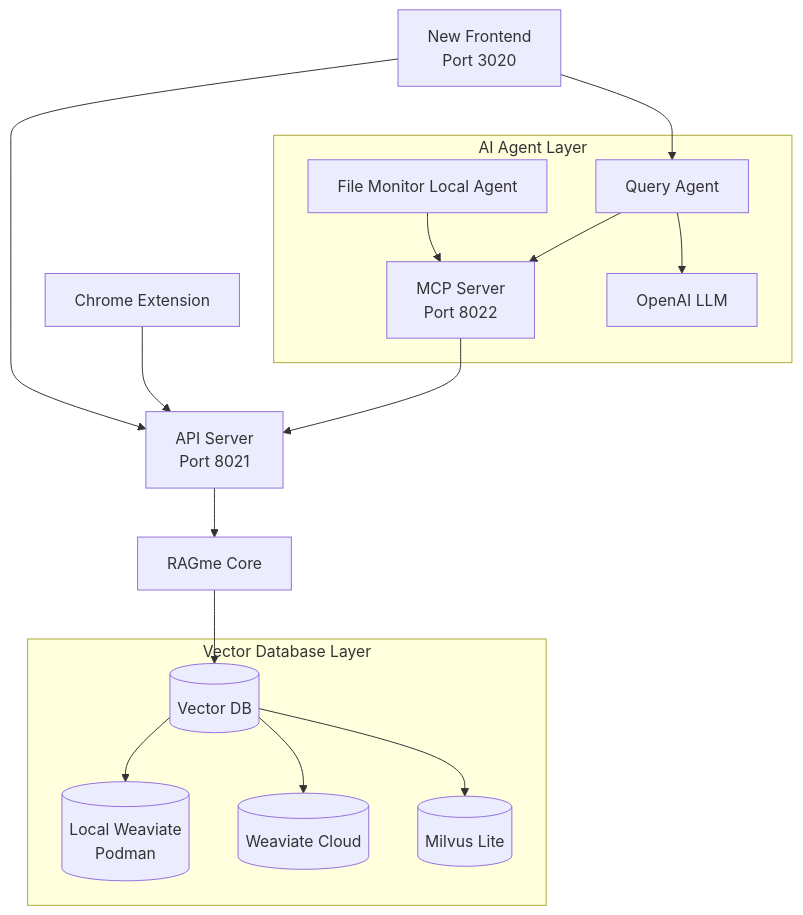
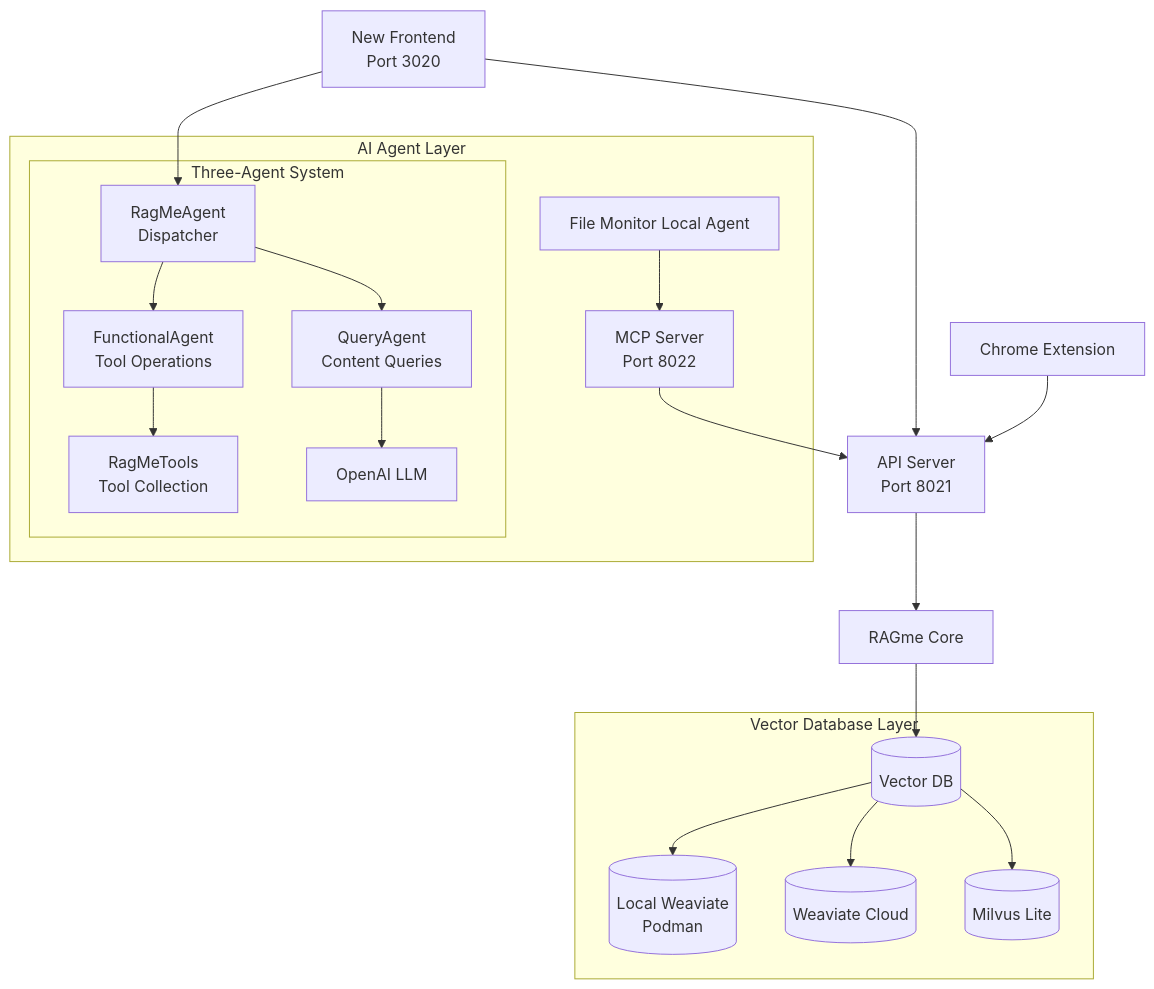
One commit to maximilien/ragme-io changed the diagram in README.md. Above: the diagram before and after it, drawn with Mermaid. The commit also changed other lines of this file and 15 other files, not shown here.

````diff
--- a/README.md
+++ b/README.md
@@ -305,19 +310,23 @@
 ```mermaid
 flowchart TB
     new-ui[New Frontend<br/>Port 3020] --> api[API Server<br/>Port 8021]
-    new-ui[New Frontend<br/>Port 3020] --> agent-query[Query Agent]
+    new-ui[New Frontend<br/>Port 3020] --> ragme-agent[RagMeAgent<br/>Dispatcher]
     chrome[Chrome Extension] --> api
     subgraph "AI Agent Layer"
       agent-local[File Monitor Local Agent] --> mcp[MCP Server<br/>Port 8022]
-      agent-query[Query Agent] --> mcp[MCP Server<br/>Port 8022]
-      agent-query[Query Agent] --> openai[OpenAI LLM]
+      subgraph "Three-Agent System"
+        ragme-agent --> functional-agent[FunctionalAgent<br/>Tool Operations]
+        ragme-agent --> query-agent[QueryAgent<br/>Content Queries]
+        functional-agent --> ragme-tools[RagMeTools<br/>Tool Collection]
+        query-agent --> openai[OpenAI LLM]
+      end
     end
     mcp --> api
     api --> ragme[RAGme Core]
     ragme --> vector-db[(Vector DB)]    
     subgraph "Vector Database Layer"
         vector-db --> weaviate-local[(Local Weaviate<br/>Podman)]
         vector-db --> weaviate-cloud[(Weaviate Cloud)]
         vector-db --> milvus[(Milvus Lite)]
     end
 ```
````
